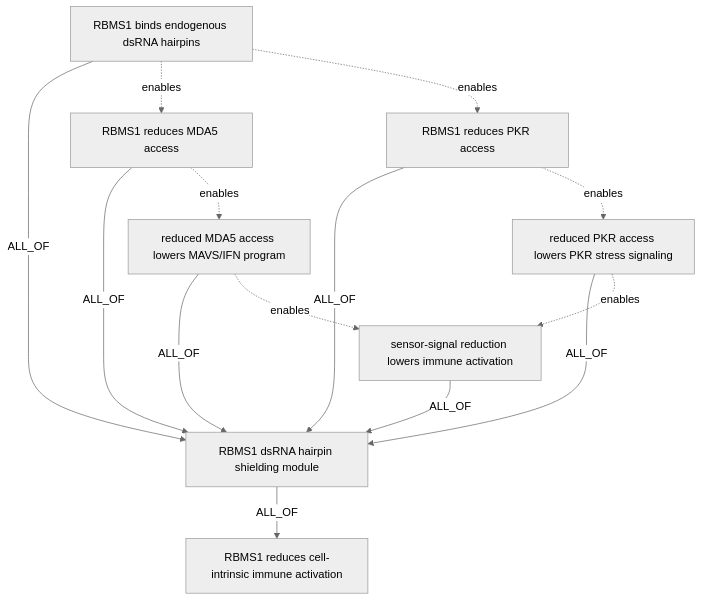
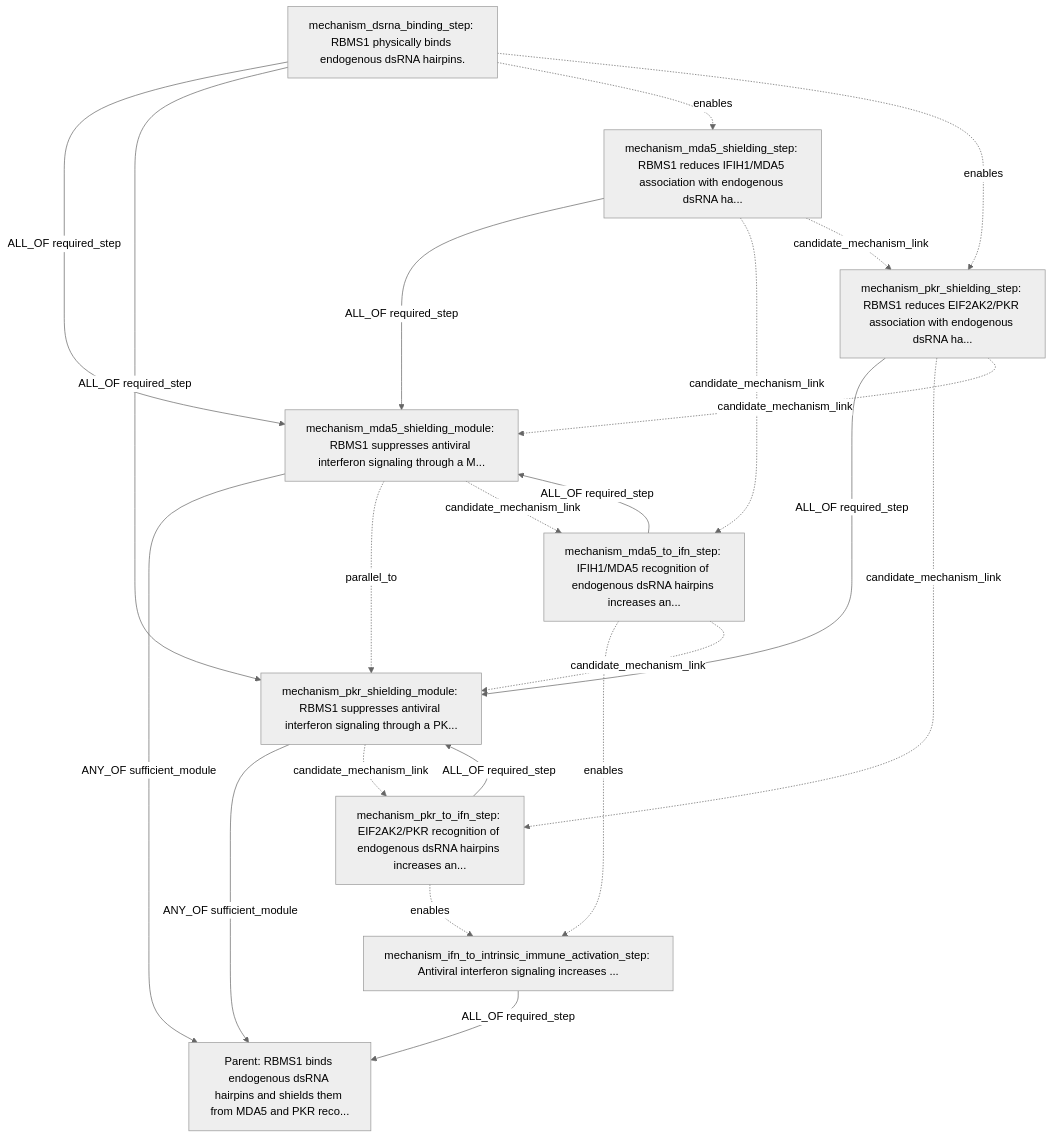
Before and after one commit to eliannaqk/bioKG: the second of 12 diagrams in LLM_STEP0_CANDIDATE_CLAIM_DAG_EXAMPLES_20260602.md, drawn with Mermaid (neutral theme). The commit also changed other lines of this file, not shown here.

Commit message:
Update live Step0 claim DAG examples

````diff
--- a/LLM_STEP0_CANDIDATE_CLAIM_DAG_EXAMPLES_20260602.md
+++ b/LLM_STEP0_CANDIDATE_CLAIM_DAG_EXAMPLES_20260602.md
@@ -118,26 +201,35 @@
 ```mermaid
 flowchart TD
-  P["RBMS1 reduces cell-intrinsic immune activation"]
-  M["RBMS1 dsRNA hairpin shielding module"]
-  A1["RBMS1 binds endogenous dsRNA hairpins"]
-  A2["RBMS1 reduces MDA5 access"]
-  A3["reduced MDA5 access lowers MAVS/IFN program"]
-  B2["RBMS1 reduces PKR access"]
-  B3["reduced PKR access lowers PKR stress signaling"]
-  C["sensor-signal reduction lowers immune activation"]
+  P["Parent: RBMS1 binds endogenous dsRNA hairpins and shields them from MDA5 and PKR reco..."]
+  N1["mechanism_dsrna_binding_step: RBMS1 physically binds endogenous dsRNA hairpins."]
+  N2["mechanism_mda5_shielding_step: RBMS1 reduces IFIH1/MDA5 association with endogenous dsRNA ha..."]
+  N3["mechanism_pkr_shielding_step: RBMS1 reduces EIF2AK2/PKR association with endogenous dsRNA ha..."]
+  N4["mechanism_mda5_shielding_module: RBMS1 suppresses antiviral interferon signaling through a M..."]
+  N5["mechanism_mda5_to_ifn_step: IFIH1/MDA5 recognition of endogenous dsRNA hairpins increases an..."]
+  N6["mechanism_pkr_shielding_module: RBMS1 suppresses antiviral interferon signaling through a PK..."]
+  N7["mechanism_pkr_to_ifn_step: EIF2AK2/PKR recognition of endogenous dsRNA hairpins increases an..."]
+  N8["mechanism_ifn_to_intrinsic_immune_activation_step: Antiviral interferon signaling increases ..."]
 
-  M -- "ALL_OF" --> P
-  A1 -- "ALL_OF" --> M
-  A2 -- "ALL_OF" --> M
-  A3 -- "ALL_OF" --> M
-  B2 -- "ALL_OF" --> M
-  B3 -- "ALL_OF" --> M
-  C -- "ALL_OF" --> M
+  N4 -- "ANY_OF sufficient_module" --> P
+  N6 -- "ANY_OF sufficient_module" --> P
+  N8 -- "ALL_OF required_step" --> P
+  N1 -- "ALL_OF required_step" --> N4
+  N2 -- "ALL_OF required_step" --> N4
+  N5 -- "ALL_OF required_step" --> N4
+  N1 -- "ALL_OF required_step" --> N6
+  N3 -- "ALL_OF required_step" --> N6
+  N7 -- "ALL_OF required_step" --> N6
 
-  A1 -. "enables" .-> A2
-  A2 -. "enables" .-> A3
-  A1 -. "enables" .-> B2
-  B2 -. "enables" .-> B3
-  A3 -. "enables" .-> C
-  B3 -. "enables" .-> C
+  N1 -. "enables" .-> N2
+  N1 -. "enables" .-> N3
+  N2 -. "candidate_mechanism_link" .-> N5
+  N3 -. "candidate_mechanism_link" .-> N7
+  N4 -. "parallel_to" .-> N6
+  N5 -. "enables" .-> N8
+  N7 -. "enables" .-> N8
+  N2 -. "candidate_mechanism_link" .-> N3
+  N3 -. "candidate_mechanism_link" .-> N4
+  N4 -. "candidate_mechanism_link" .-> N5
+  N5 -. "candidate_mechanism_link" .-> N6
+  N6 -. "candidate_mechanism_link" .-> N7
 ```
````
